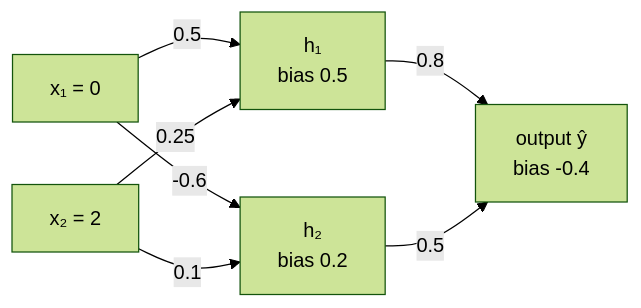
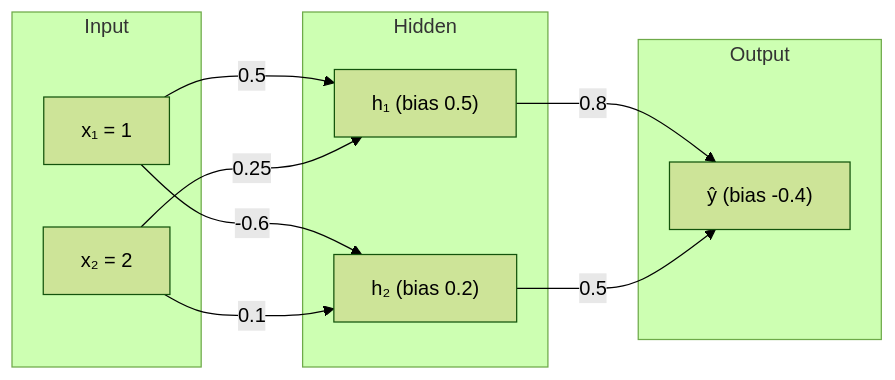
The fourth of 5 diagrams in content/Introduction to Connectionist AI.md (melindaox0103/2026-2027-AI-Class-Infihhnite), drawn with Mermaid (forest theme) before and after one commit. The commit also changed other lines of this file, not shown here.

Commit message:
Update Introduction to Connectionist AI.md

````diff
--- a/content/Introduction to Connectionist AI.md
+++ b/content/Introduction to Connectionist AI.md
@@ -1217,9 +1197,20 @@
 ```mermaid
 flowchart LR
-    x1["x₁ = 0"] -->|"0.5"| h1["h₁<br/>bias 0.5"]
-    x2["x₂ = 2"] -->|"0.25"| h1
-    x1 -->|"-0.6"| h2["h₂<br/>bias 0.2"]
+    subgraph Input
+        x1["x₁ = 1"]
+        x2["x₂ = 2"]
+    end
+    subgraph Hidden
+        h1["h₁ (bias 0.5)"]
+        h2["h₂ (bias 0.2)"]
+    end
+    subgraph Output
+        o["ŷ (bias -0.4)"]
+    end
+    x1 -->|"0.5"| h1
+    x2 -->|"0.25"| h1
+    x1 -->|"-0.6"| h2
     x2 -->|"0.1"| h2
-    h1 -->|"0.8"| o["output ŷ<br/>bias -0.4"]
+    h1 -->|"0.8"| o
     h2 -->|"0.5"| o
 ```
````
